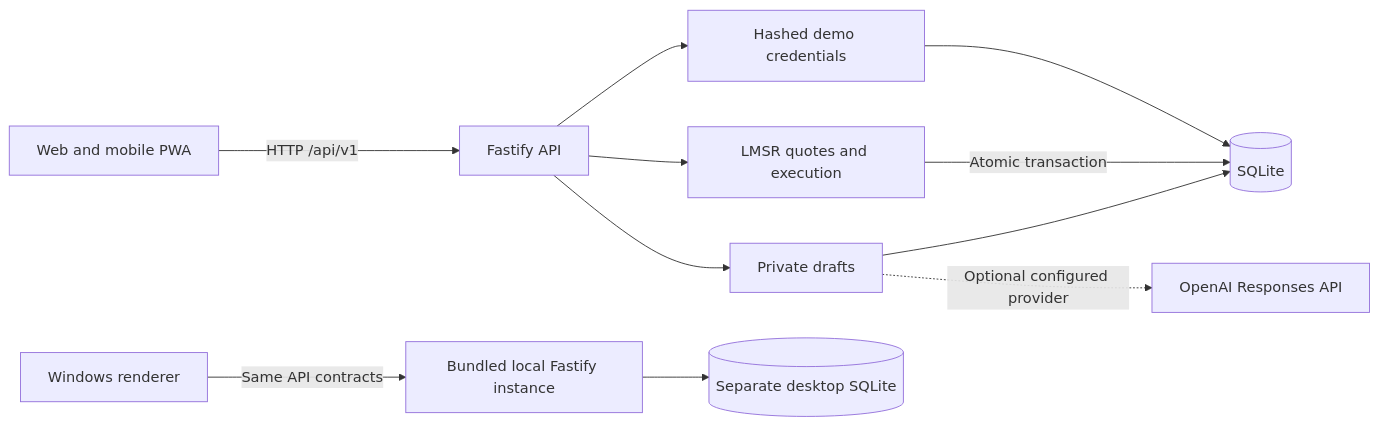
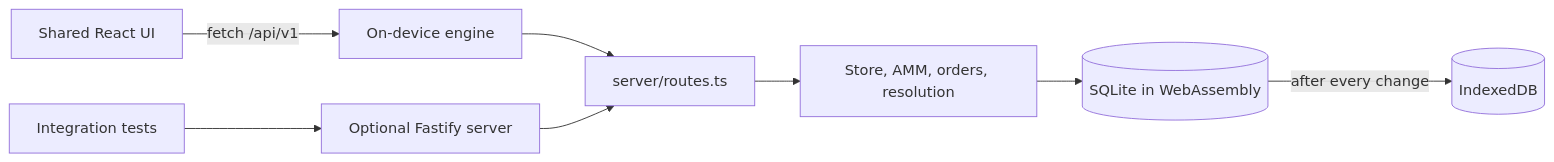
Before and after one commit to vinitgirdhar/Peakcast: the diagram in docs/BACKEND.md, drawn with Mermaid. The commit also changed other lines of this file and 174 other files, not shown here.

First line of the commit message:
feat: rebuild as Peakcast, a fully on-device app for web, Android and Windows

````diff
--- a/docs/BACKEND.md
+++ b/docs/BACKEND.md
@@ -30,13 +33,9 @@
 ```mermaid
 flowchart LR
-  Browser[Web and mobile PWA] -->|HTTP /api/v1| API[Fastify API]
-  API --> Auth[Hashed demo credentials]
-  API --> Quotes[LMSR quotes and execution]
-  API --> Drafts[Private drafts]
-  Auth --> DB[(SQLite)]
-  Quotes -->|Atomic transaction| DB
-  Drafts --> DB
-  Drafts -. Optional configured provider .-> AI[OpenAI Responses API]
-  Desktop[Windows renderer] -->|Same API contracts| Local[Bundled local Fastify instance]
-  Local --> LocalDB[(Separate desktop SQLite)]
+  UI[Shared React UI] -->|fetch /api/v1| Local[On-device engine]
+  Local --> Routes[server/routes.ts]
+  Routes --> Store[Store, AMM, orders, resolution]
+  Store --> DB[(SQLite in WebAssembly)]
+  DB -->|after every change| IDB[(IndexedDB)]
+  Tests[Integration tests] --> Fastify[Optional Fastify server] --> Routes
 ```
````
